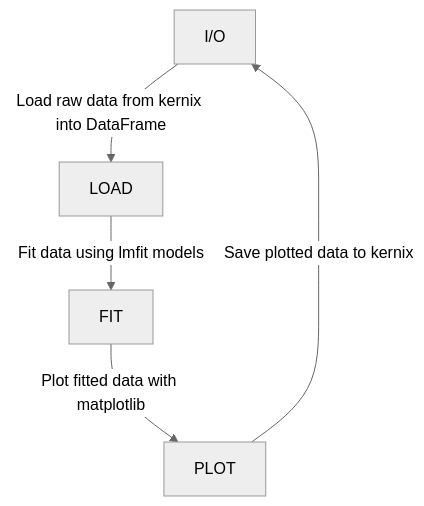
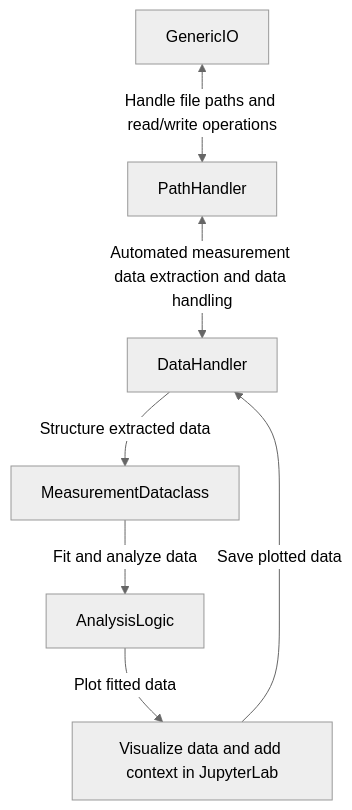
One commit to dineshpinto/qudi-hira-analysis changed the diagram in README.md. Above: the diagram before and after it, drawn with Mermaid (neutral theme). The commit also changed other lines of this file, not shown here.

````diff
--- a/README.md
+++ b/README.md
@@ -21,4 +14,9 @@
 ```mermaid
-graph TD;
-    I/O-- Load raw data from kernix into DataFrame -->LOAD-- Fit data using lmfit models -->FIT-- Plot fitted data with matplotlib -->PLOT-- Save plotted data to kernix -->I/O
+flowchart TD;
+    GenericIO<-- Handle file paths and read/write operations -->PathHandler;
+    PathHandler<-- Automated measurement data extraction and data handling -->DataHandler;
+    DataHandler-- Structure extracted data -->MeasurementDataclass;
+    MeasurementDataclass-- Fit and analyze data -->AnalysisLogic;
+    AnalysisLogic-- Plot fitted data --> Plot[Visualize data and add context in JupyterLab];
+    Plot-- Save plotted data --> DataHandler;
 ```
````
